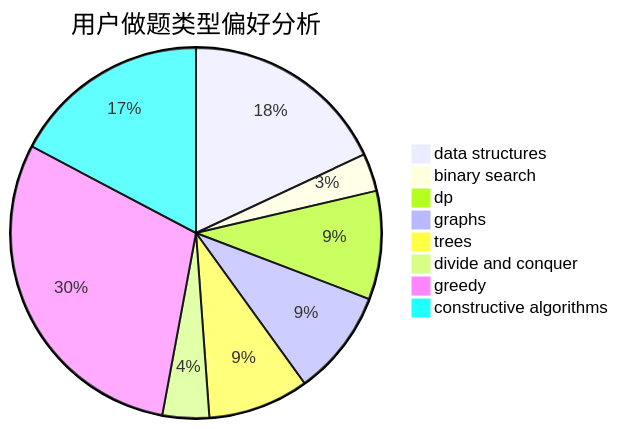
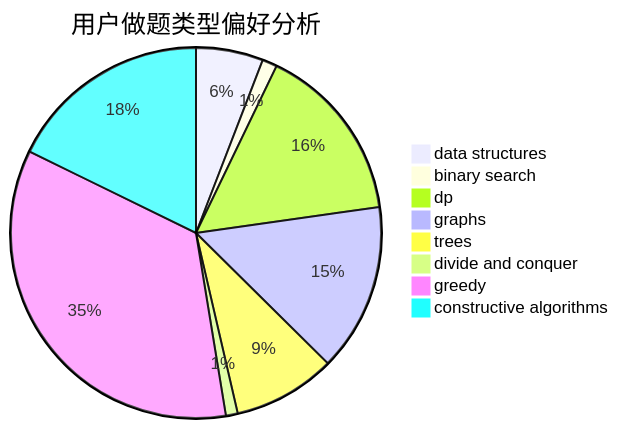
One commit to sherpahu/cfrs.github.io changed the second of 3 diagrams in docs/user/u740.md. Above: the diagram before and after it, drawn with Mermaid. The commit also changed other lines of this file and 2770 other files, not shown here.

````diff
--- a/docs/user/u740.md
+++ b/docs/user/u740.md
@@ -23,11 +23,11 @@
 ```mermaid
 pie title 用户做题类型偏好分析
-    "data structures" :  164
-    "binary search" :  30
-    "dp" :  86
-    "graphs" :  84
-    "trees" :  80
-    "divide and conquer" :  37
-    "greedy" :  271
-    "constructive algorithms" :  157
+    "data structures" :  68
+    "binary search" :  15
+    "dp" :  181
+    "graphs" :  170
+    "trees" :  104
+    "divide and conquer" :  12
+    "greedy" :  404
+    "constructive algorithms" :  206
 ```
````
